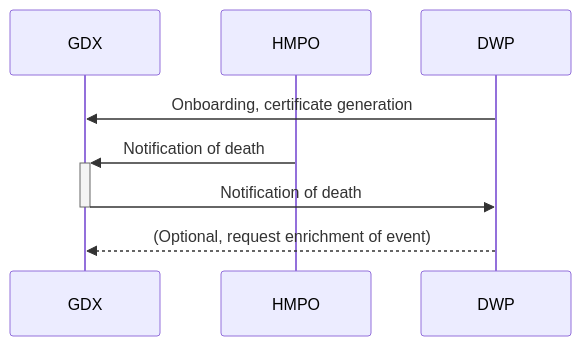
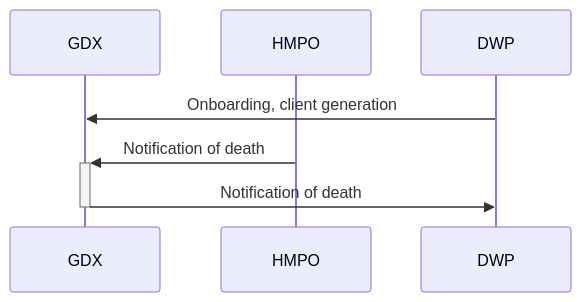
One commit to govuk-one-login/life-events-platform changed the first of 2 diagrams in doc/architecture/decisions/0005-queue-api.md. Above: the diagram before and after it, drawn with Mermaid. The commit also changed other lines of this file, not shown here.

````diff
--- a/doc/architecture/decisions/0005-queue-api.md
+++ b/doc/architecture/decisions/0005-queue-api.md
@@ -21,14 +21,12 @@
 ```mermaid
 sequenceDiagram
     participant GDX
     participant HMPO
     participant DWP
 
     
-    DWP ->> GDX: Onboarding, certificate generation
+    DWP ->> GDX: Onboarding, client generation
     
     HMPO ->>+ GDX: Notification of death
     GDX ->>-DWP: Notification of death
-
-    DWP-->>GDX: (Optional, request enrichment of event)
 ```
````
